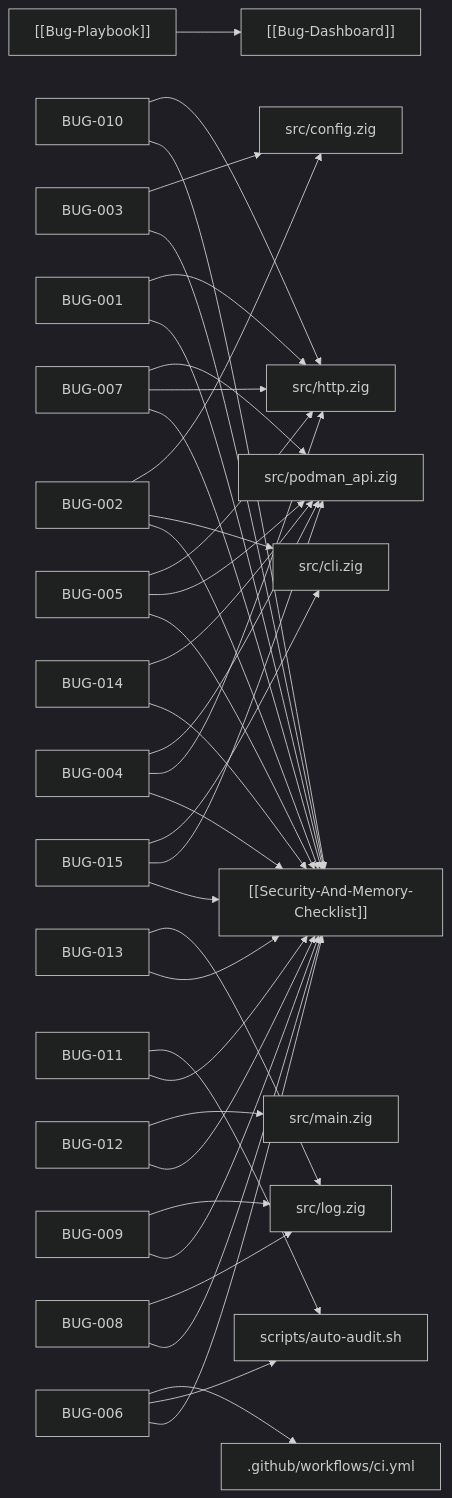
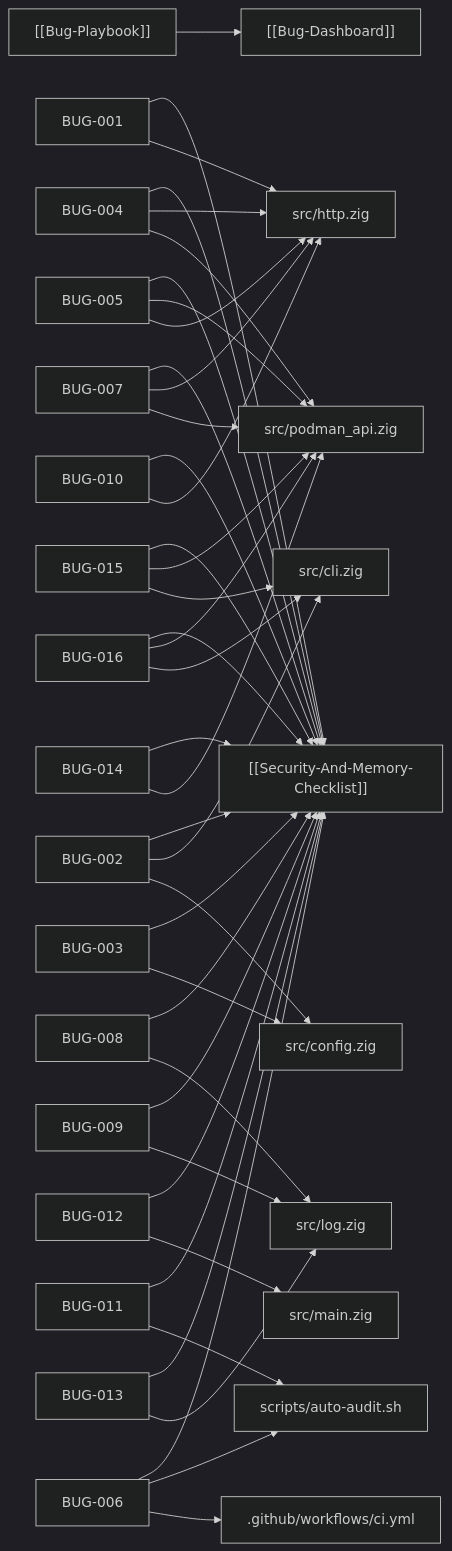
The diagram in docs/vault/Bug-Dashboard.md (srayuth202510-byte/zigpodza), drawn with Mermaid (dark theme) before and after one commit. The commit also changed other lines of this file and 11 other files, not shown here.

````diff
--- a/docs/vault/Bug-Dashboard.md
+++ b/docs/vault/Bug-Dashboard.md
@@ -29,40 +29,43 @@
 ```mermaid
 flowchart LR
     PLAYBOOK["[[Bug-Playbook]]"] --> DASH["[[Bug-Dashboard]]"]
     BUG001["BUG-001"] --> SEC["[[Security-And-Memory-Checklist]]"]
     BUG001 --> src_http_zig["src/http.zig"]
     BUG002["BUG-002"] --> SEC["[[Security-And-Memory-Checklist]]"]
     BUG002 --> src_cli_zig["src/cli.zig"]
     BUG002 --> src_config_zig["src/config.zig"]
     BUG003["BUG-003"] --> SEC["[[Security-And-Memory-Checklist]]"]
     BUG003 --> src_config_zig["src/config.zig"]
     BUG004["BUG-004"] --> SEC["[[Security-And-Memory-Checklist]]"]
     BUG004 --> src_http_zig["src/http.zig"]
     BUG004 --> src_podman_api_zig["src/podman_api.zig"]
     BUG005["BUG-005"] --> SEC["[[Security-And-Memory-Checklist]]"]
     BUG005 --> src_podman_api_zig["src/podman_api.zig"]
     BUG005 --> src_http_zig["src/http.zig"]
     BUG006["BUG-006"] --> SEC["[[Security-And-Memory-Checklist]]"]
     BUG006 --> scripts_auto_audit_sh["scripts/auto-audit.sh"]
     BUG006 --> _github_workflows_ci_yml[".github/workflows/ci.yml"]
     BUG007["BUG-007"] --> SEC["[[Security-And-Memory-Checklist]]"]
     BUG007 --> src_http_zig["src/http.zig"]
     BUG007 --> src_podman_api_zig["src/podman_api.zig"]
     BUG008["BUG-008"] --> SEC["[[Security-And-Memory-Checklist]]"]
     BUG008 --> src_log_zig["src/log.zig"]
     BUG009["BUG-009"] --> SEC["[[Security-And-Memory-Checklist]]"]
     BUG009 --> src_log_zig["src/log.zig"]
     BUG010["BUG-010"] --> SEC["[[Security-And-Memory-Checklist]]"]
     BUG010 --> src_http_zig["src/http.zig"]
     BUG011["BUG-011"] --> SEC["[[Security-And-Memory-Checklist]]"]
     BUG011 --> scripts_auto_audit_sh["scripts/auto-audit.sh"]
     BUG012["BUG-012"] --> SEC["[[Security-And-Memory-Checklist]]"]
     BUG012 --> src_main_zig["src/main.zig"]
     BUG013["BUG-013"] --> SEC["[[Security-And-Memory-Checklist]]"]
     BUG013 --> src_log_zig["src/log.zig"]
     BUG014["BUG-014"] --> SEC["[[Security-And-Memory-Checklist]]"]
     BUG014 --> src_podman_api_zig["src/podman_api.zig"]
     BUG015["BUG-015"] --> SEC["[[Security-And-Memory-Checklist]]"]
     BUG015 --> src_podman_api_zig["src/podman_api.zig"]
     BUG015 --> src_cli_zig["src/cli.zig"]
+    BUG016["BUG-016"] --> SEC["[[Security-And-Memory-Checklist]]"]
+    BUG016 --> src_podman_api_zig["src/podman_api.zig"]
+    BUG016 --> src_cli_zig["src/cli.zig"]
 ```
````
